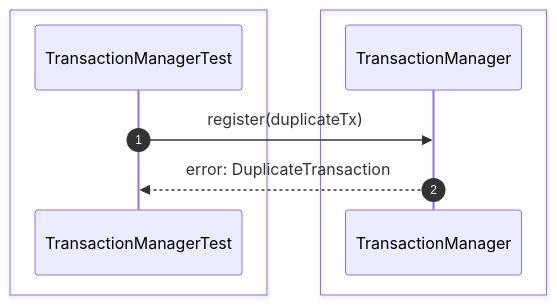
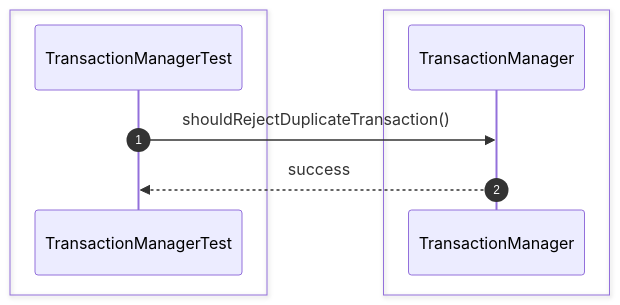
Diagram 12 of 54 in src/sequence/transaction.md (Huy1801214/dbms-architecture), drawn with Mermaid before and after one commit. The commit also changed other lines of this file and 68 other files, not shown here.

Commit message:
implement comprehensive unit test suite and architectural sequence documentation

````diff
--- a/src/sequence/transaction.md
+++ b/src/sequence/transaction.md
@@ -202,14 +171,13 @@
 ```mermaid
 sequenceDiagram
     autonumber
-
     box #e1f5fe Test Suite
     participant Test as TransactionManagerTest
     end
-    box #ffebee Transaction Components
-    participant Manager as TransactionManager
+    box #ffebee TransactionManager Component
+    participant TM as TransactionManager
     end
 
-    Test->>Manager: register(duplicateTx)
-    Manager-->>Test: error: DuplicateTransaction
+    Test->>TM: shouldRejectDuplicateTransaction()
+    TM-->>Test: success
 ```
````
